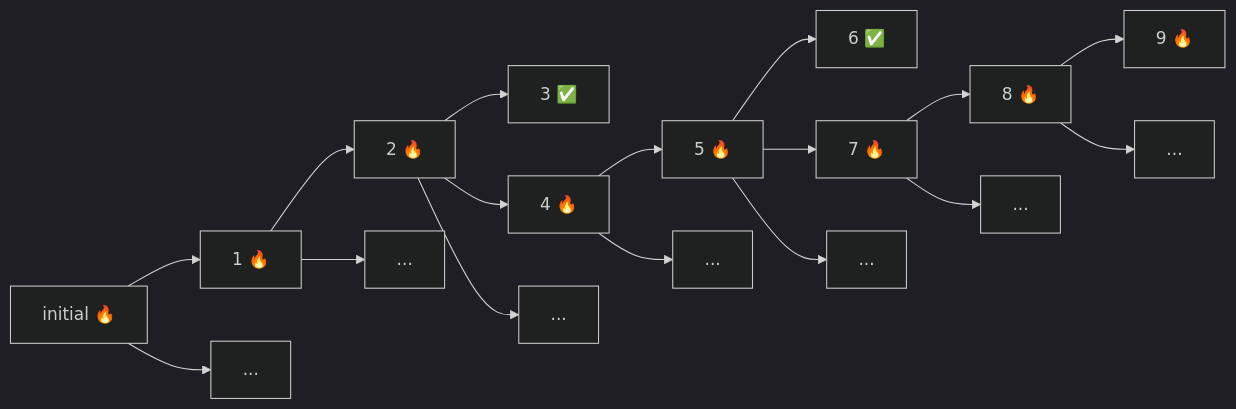
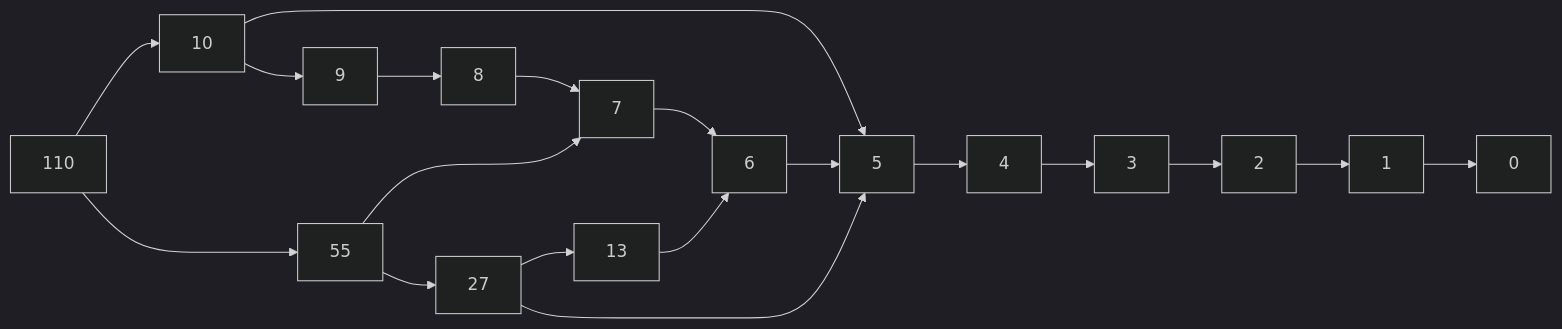
The diagram in _drafts/pbt-shrinking-part2.md (agilogy/agilogy-blog), drawn with Mermaid (dark theme) before and after one commit. The commit also changed other lines of this file and 4 other files, not shown here.

````diff
--- a/_drafts/pbt-shrinking-part2.md
+++ b/_drafts/pbt-shrinking-part2.md
@@ -11,13 +71,8 @@
 ```mermaid
 graph LR
-  0[initial &#x1F525] --> 1[1 &#x1F525] --> 2[2 &#x1F525] --> 3[3 &#x2705]
-  0 --> initialOthers[...]
-  1 --> 1others[...]
-  2 --> 4[4 &#x1F525] --> 5[5 &#x1F525]--> 6[6 &#x2705]
-  2 --> 2others[...]
-  4 --> 4others[...]
-  5 --> 7[7 &#x1F525] --> 8[8 &#x1F525] --> 9[9 &#x1F525]
-  5 --> 5others[...]
-  7 --> 7others[...]
-  8 --> 8others[...]
+  110 --> 10 --> 5
+  10 --> 9 --> 8 --> 7 --> 6 --> 5 --> 4 --> 3 --> 2 --> 1 --> 0
+  110 --> 55 --> 7
+  55 --> 27 --> 5
+  27 --> 13 --> 6
 ```
````
